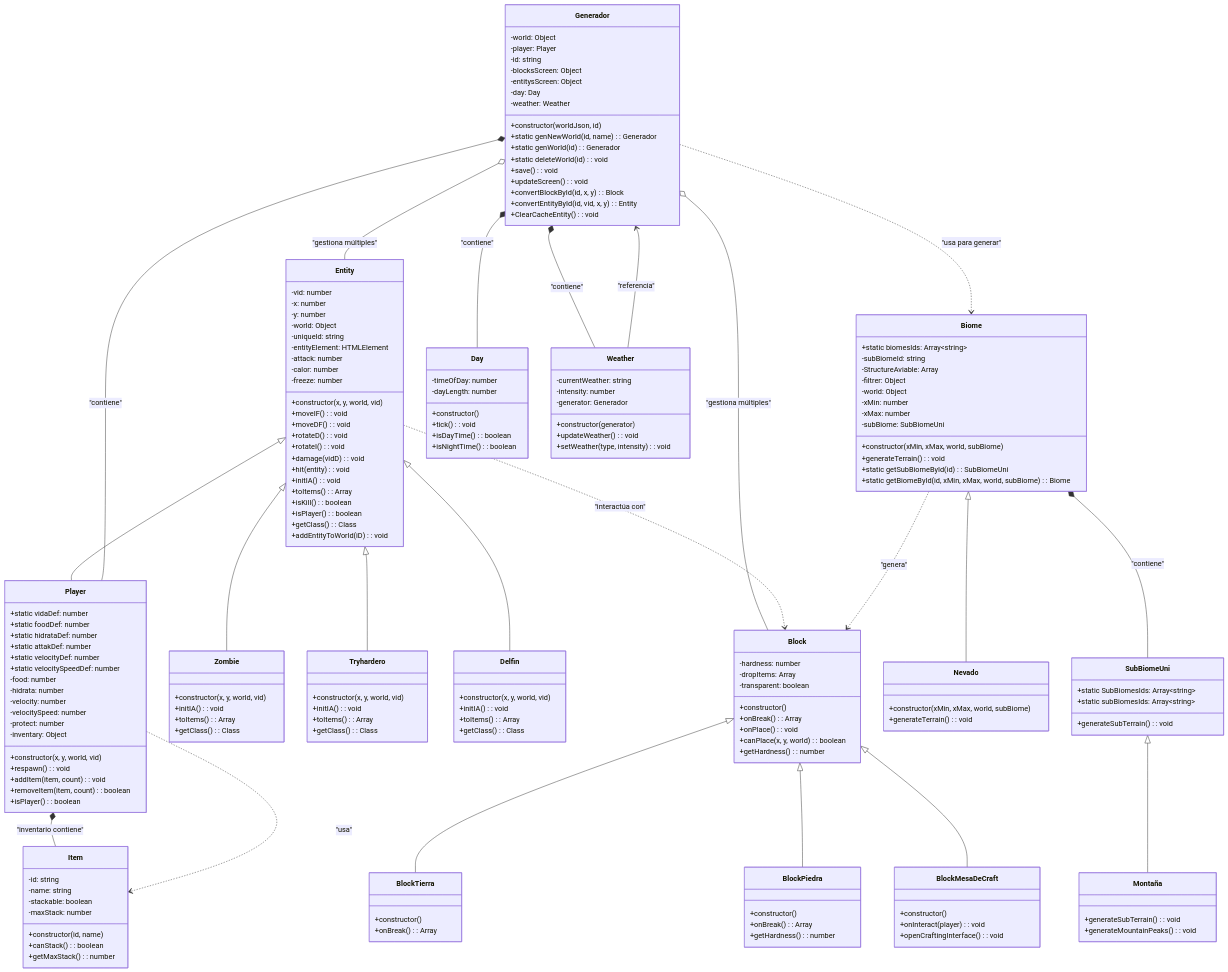
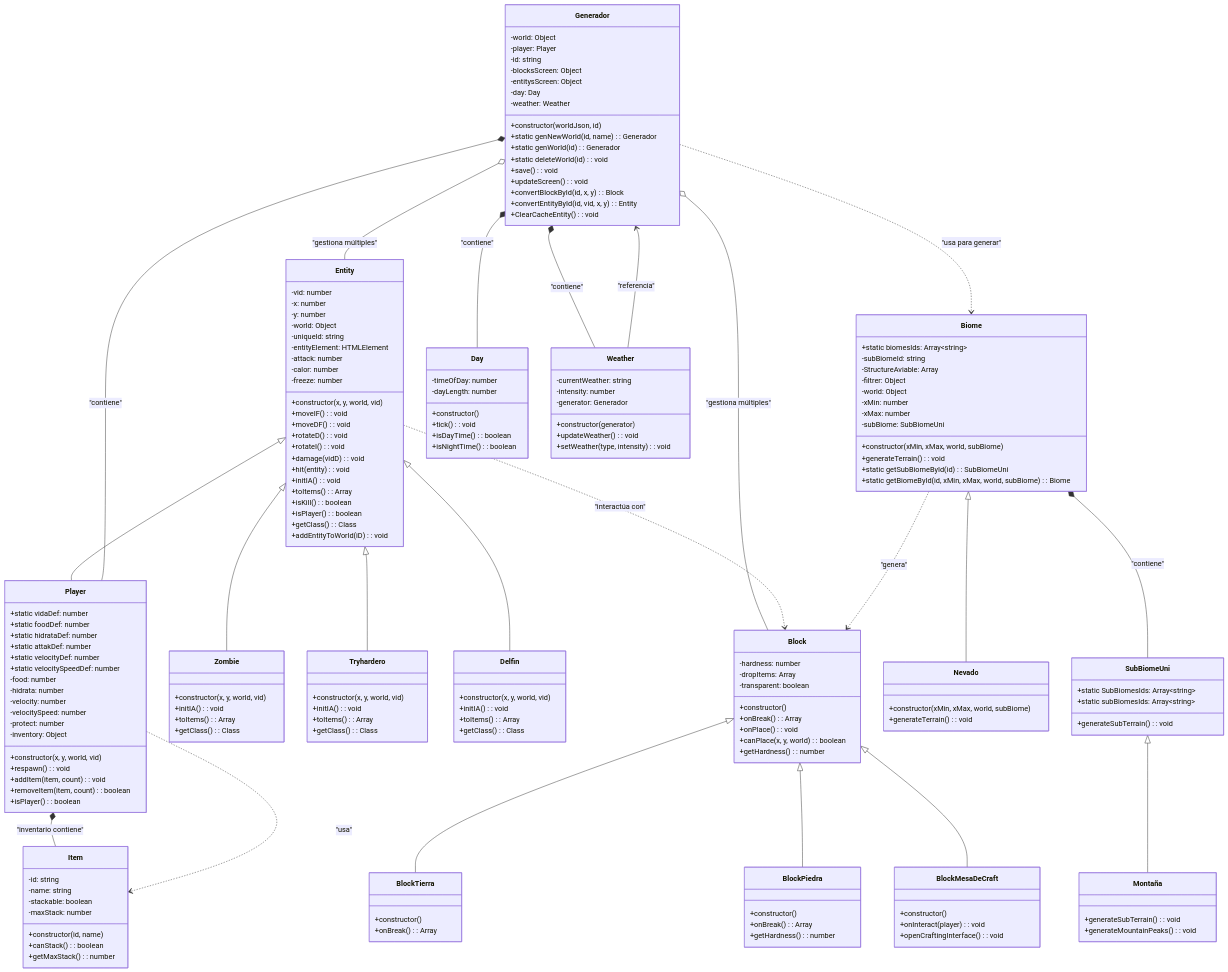
One commit to Creadores-Program/CreadorCraft-Classic changed the diagram in docs/c4-diagrams/04-code.md. Above: the diagram before and after it, drawn with Mermaid.

Commit message:
Apply suggestion from @Copilot

```diff
--- a/docs/c4-diagrams/04-code.md
+++ b/docs/c4-diagrams/04-code.md
@@ -45,7 +45,7 @@
         -velocity: number
         -velocitySpeed: number
         -protect: number
-        -inventary: Object
+        -inventory: Object
         
         +constructor(x, y, world, vid)
         +respawn(): void
```
